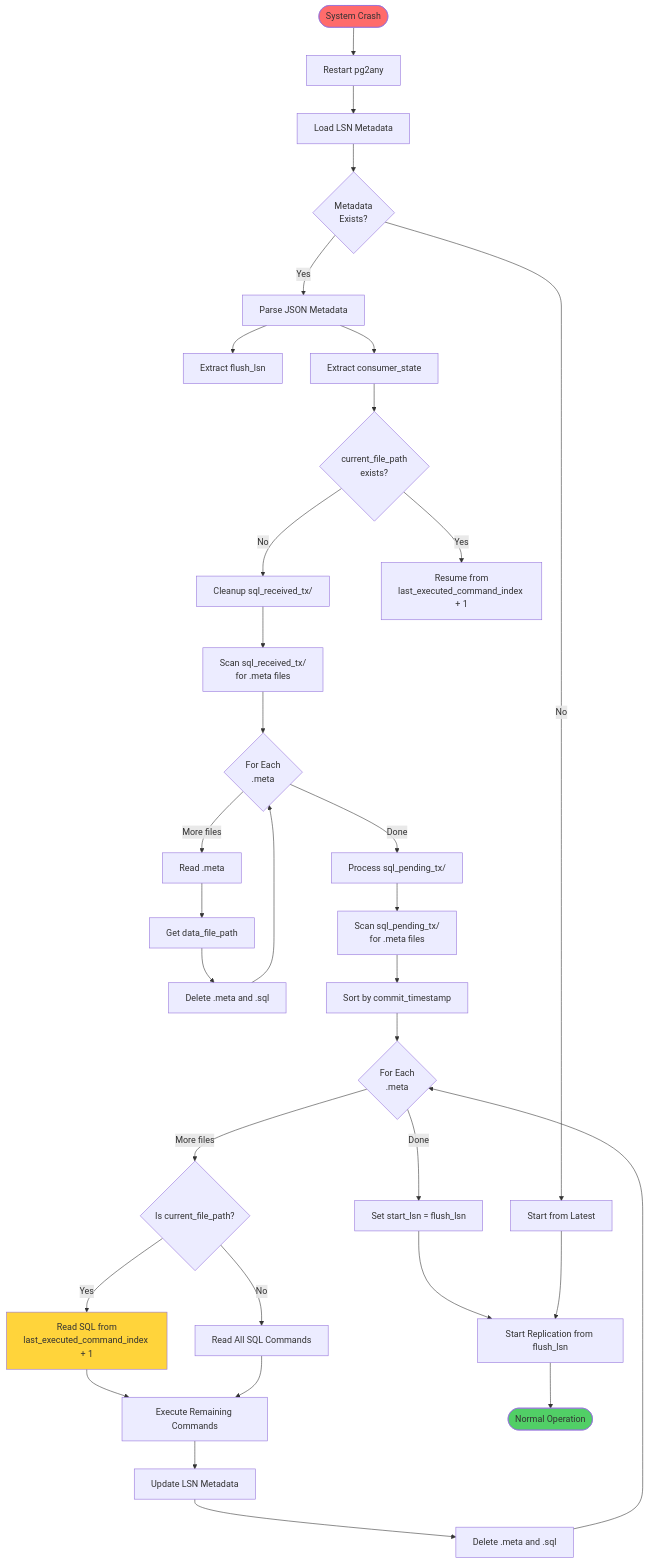
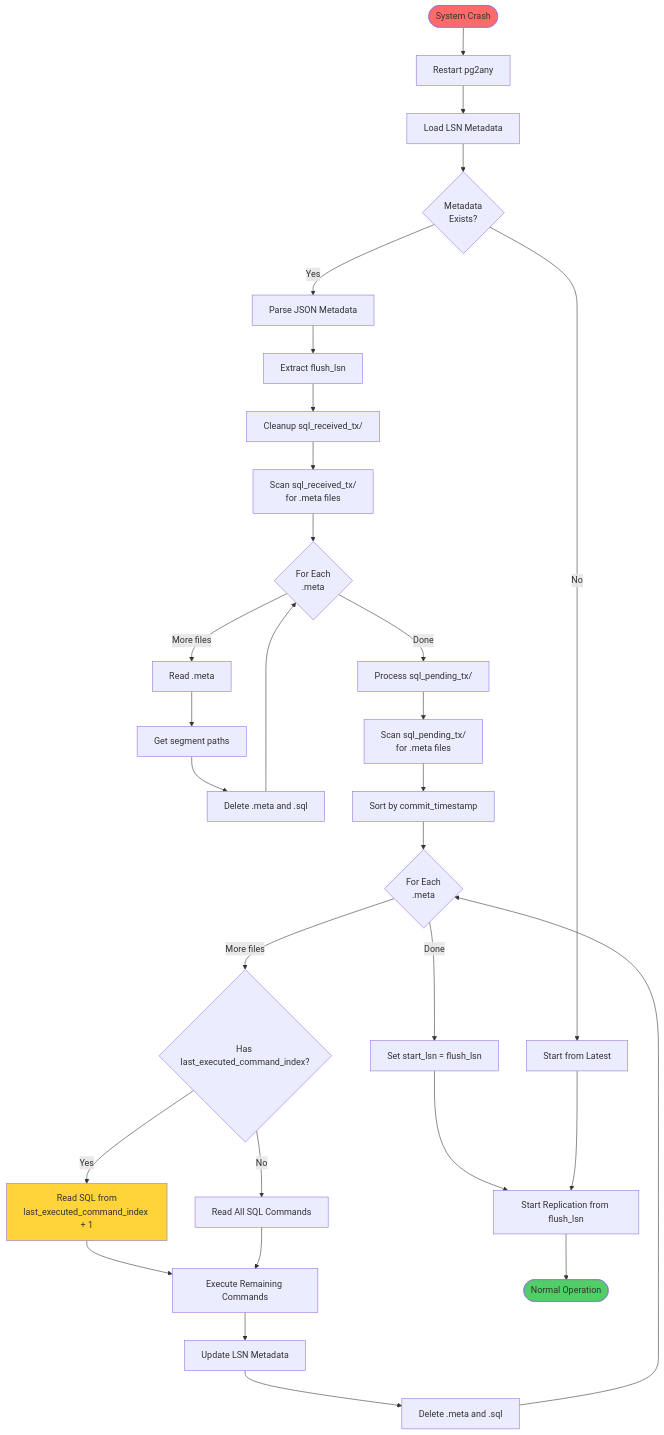
Before and after one commit to isdaniel/pg2any: the second of 2 diagrams in README.md, drawn with Mermaid. The commit also changed other lines of this file and 8 other files, not shown here.

````diff
--- a/README.md
+++ b/README.md
@@ -273,52 +272,48 @@
 ```mermaid
 graph TB
     Crash([System Crash]) --> Restart[Restart pg2any]
     Restart --> LoadMeta[Load LSN Metadata]
     LoadMeta --> CheckMeta{Metadata<br/>Exists?}
     
     CheckMeta -->|No| StartFresh[Start from Latest]
     CheckMeta -->|Yes| ParseMeta[Parse JSON Metadata]
     
     ParseMeta --> GetLSN[Extract flush_lsn]
-    ParseMeta --> GetPosition[Extract consumer_state]
     
-    GetPosition --> CheckPosition{current_file_path<br/>exists?}
-    
-    CheckPosition -->|No| CleanReceived[Cleanup sql_received_tx/]
-    CheckPosition -->|Yes| ResumePosition[Resume from<br/>last_executed_command_index + 1]
+    GetLSN --> CleanReceived[Cleanup sql_received_tx/]
     
     CleanReceived --> ScanReceived[Scan sql_received_tx/<br/>for .meta files]
     ScanReceived --> ForEachReceived{For Each<br/>.meta}
     
     ForEachReceived -->|More files| ReadReceivedMeta[Read .meta]
     ForEachReceived -->|Done| ProcessPending[Process sql_pending_tx/]
     
-    ReadReceivedMeta --> GetDataFile[Get data_file_path]
+    ReadReceivedMeta --> GetDataFile[Get segment paths]
     GetDataFile --> DeleteIncomplete[Delete .meta and .sql]
     DeleteIncomplete --> ForEachReceived
     
     ProcessPending --> ScanPending[Scan sql_pending_tx/<br/>for .meta files]
     ScanPending --> SortByTimestamp[Sort by commit_timestamp]
     SortByTimestamp --> ForEachPending{For Each<br/>.meta}
     
-    ForEachPending -->|More files| CheckResumeFile{Is current_file_path?}
+    ForEachPending -->|More files| CheckResumeFile{Has last_executed_command_index?}
     ForEachPending -->|Done| SetStartLSN[Set start_lsn = flush_lsn]
     
     CheckResumeFile -->|Yes| ResumeFromIndex[Read SQL from<br/>last_executed_command_index + 1]
     CheckResumeFile -->|No| ReadAllCommands[Read All SQL Commands]
     
     ResumeFromIndex --> ExecuteRecovery[Execute Remaining Commands]
     ReadAllCommands --> ExecuteRecovery
     
     ExecuteRecovery --> UpdateRecoveryLSN[Update LSN Metadata]
     UpdateRecoveryLSN --> DeleteRecoveryFiles[Delete .meta and .sql]
     DeleteRecoveryFiles --> ForEachPending
     
     SetStartLSN --> StartReplication[Start Replication from flush_lsn]
     StartFresh --> StartReplication
     StartReplication --> NormalOperation([Normal Operation])
     
     style Crash fill:#ff6b6b
     style NormalOperation fill:#51cf66
     style ResumeFromIndex fill:#ffd43b
 ```
````
